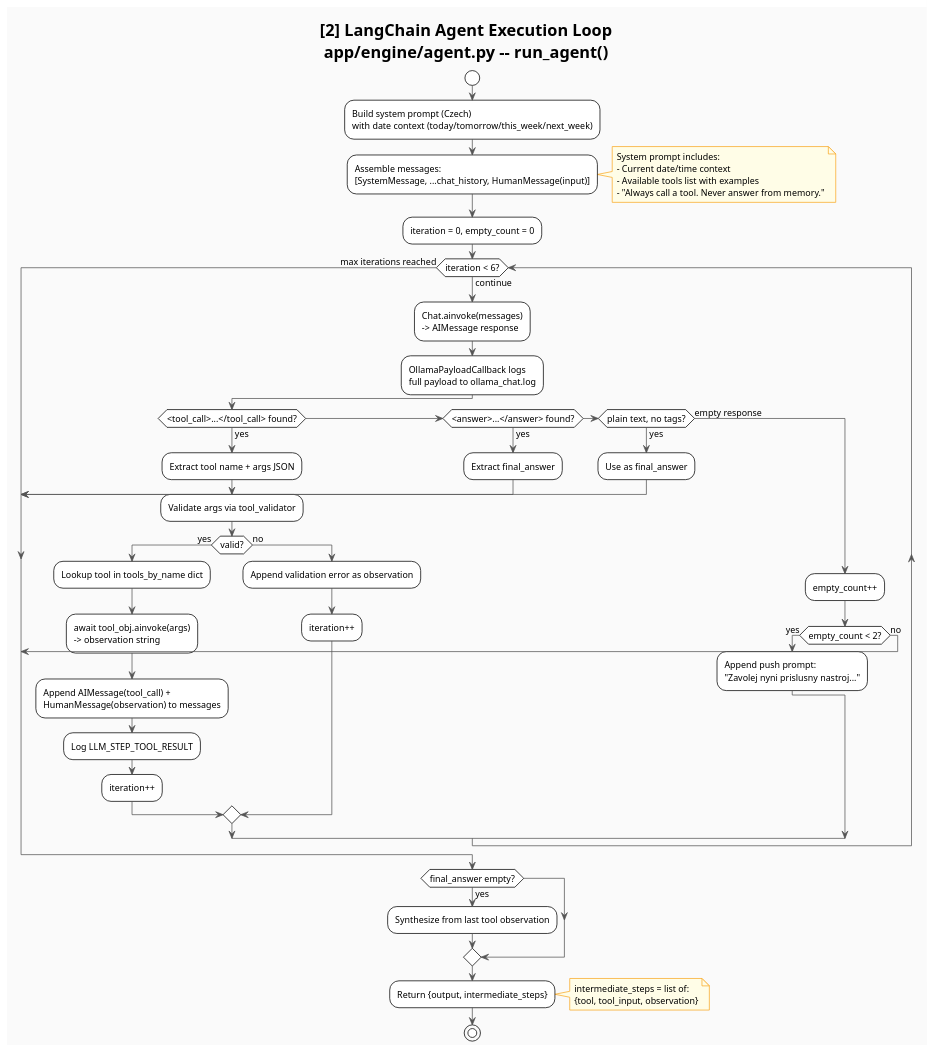
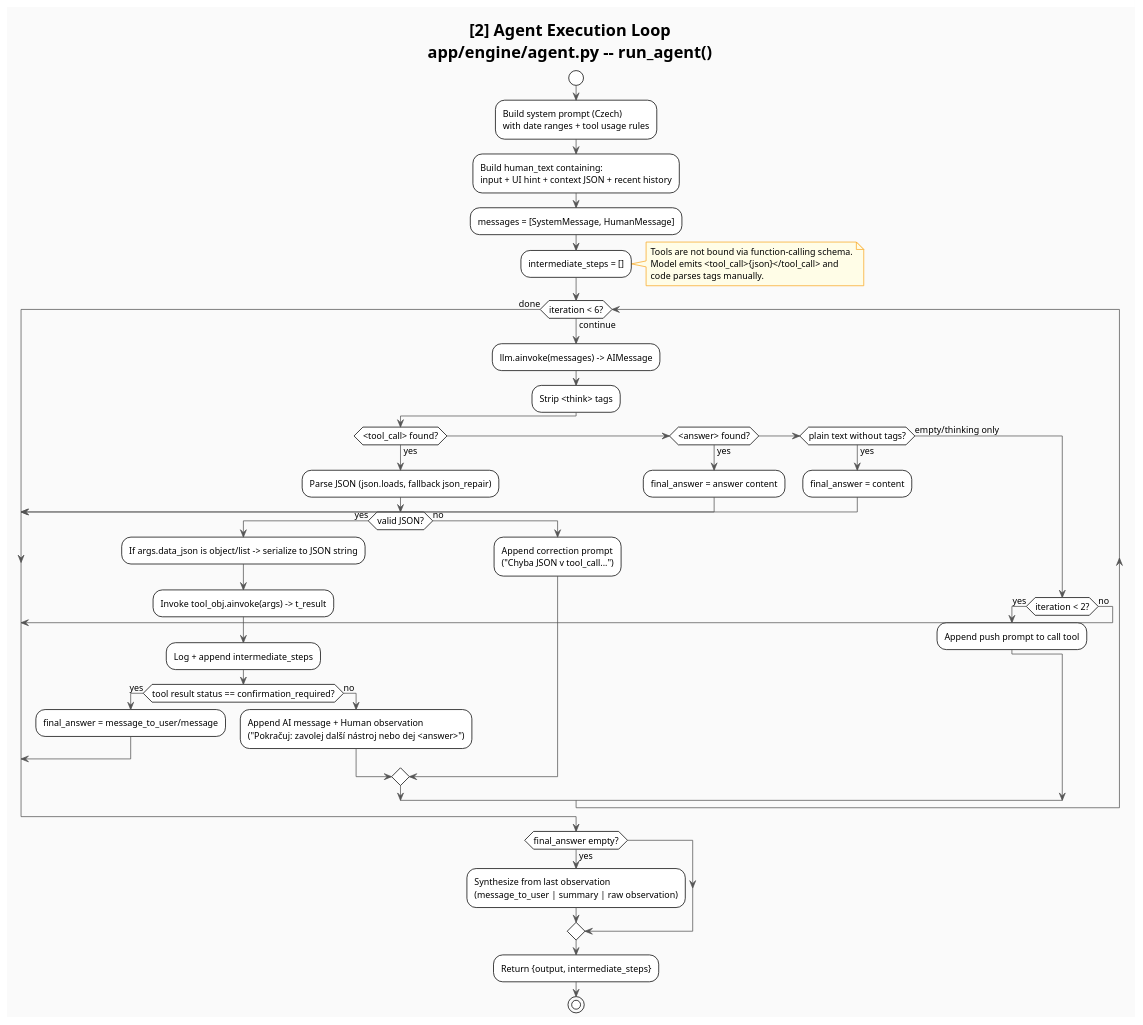
One commit to kovarjan/talk2crm changed the second of 8 diagrams in docs/workflows.puml. Above: the diagram before and after it, drawn with PlantUML. The commit also changed other lines of this file and 49 other files, not shown here.

```diff
--- a/docs/workflows.puml
+++ b/docs/workflows.puml
@@ -84,69 +91,64 @@
 @startuml diagram_2_agent_loop
 !theme plain
 skinparam defaultFontSize 12
 skinparam ArrowColor #555
 skinparam BackgroundColor #FAFAFA
 skinparam NoteBackgroundColor #FFFDE7
 skinparam NoteBorderColor #F9A825
 
-title [2] LangChain Agent Execution Loop\napp/engine/agent.py -- run_agent()
+title [2] Agent Execution Loop\napp/engine/agent.py -- run_agent()
 
 start
 
-:Build system prompt (Czech)\nwith date context (today/tomorrow/this_week/next_week);
-:Assemble messages:\n[SystemMessage, ...chat_history, HumanMessage(input)];
+:Build system prompt (Czech)\nwith date ranges + tool usage rules;
+:Build human_text containing:\ninput + UI hint + context JSON + recent history;
+:messages = [SystemMessage, HumanMessage];
+:intermediate_steps = [];
 
 note right
-  System prompt includes:
-  - Current date/time context
-  - Available tools list with examples
-  - "Always call a tool. Never answer from memory."
+  Tools are not bound via function-calling schema.
+  Model emits <tool_call>{json}</tool_call> and
+  code parses tags manually.
 end note
 
-:iteration = 0, empty_count = 0;
+while (iteration < 6?) is (continue)
+  :llm.ainvoke(messages) -> AIMessage;
+  :Strip <think> tags;
 
-while (iteration < 6?) is (continue)
-  :Chat.ainvoke(messages)\n-> AIMessage response;
-  :OllamaPayloadCallback logs\nfull payload to ollama_chat.log;
-
-  if (<tool_call>...</tool_call> found?) then (yes)
-    :Extract tool name + args JSON;
-    :Validate args via tool_validator;
-    if (valid?) then (yes)
-      :Lookup tool in tools_by_name dict;
-      :await tool_obj.ainvoke(args)\n-> observation string;
-      :Append AIMessage(tool_call) +\nHumanMessage(observation) to messages;
-      :Log LLM_STEP_TOOL_RESULT;
-      :iteration++;
+  if (<tool_call> found?) then (yes)
+    :Parse JSON (json.loads, fallback json_repair);
+    if (valid JSON?) then (yes)
+      :If args.data_json is object/list -> serialize to JSON string;
+      :Invoke tool_obj.ainvoke(args) -> t_result;
+      :Log + append intermediate_steps;
+      if (tool result status == confirmation_required?) then (yes)
+        :final_answer = message_to_user/message;
+        break
+      else (no)
+        :Append AI message + Human observation\n("Pokračuj: zavolej další nástroj nebo dej <answer>");
+      endif
     else (no)
-      :Append validation error as observation;
-      :iteration++;
+      :Append correction prompt\n("Chyba JSON v tool_call...");
     endif
-  elseif (<answer>...</answer> found?) then (yes)
-    :Extract final_answer;
+  elseif (<answer> found?) then (yes)
+    :final_answer = answer content;
     break
-  elseif (plain text, no tags?) then (yes)
-    :Use as final_answer;
+  elseif (plain text without tags?) then (yes)
+    :final_answer = content;
     break
-  else (empty response)
-    :empty_count++;
-    if (empty_count < 2?) then (yes)
-      :Append push prompt:\n"Zavolej nyni prislusny nastroj...";
+  else (empty/thinking only)
+    if (iteration < 2?) then (yes)
+      :Append push prompt to call tool;
     else (no)
       break
     endif
   endif
-endwhile (max iterations reached)
+endwhile (done)
 
 if (final_answer empty?) then (yes)
-  :Synthesize from last tool observation;
+  :Synthesize from last observation\n(message_to_user | summary | raw observation);
 endif
 
 :Return {output, intermediate_steps};
-note right
-  intermediate_steps = list of:
-  {tool, tool_input, observation}
-end note
-
 stop
 @enduml
```
